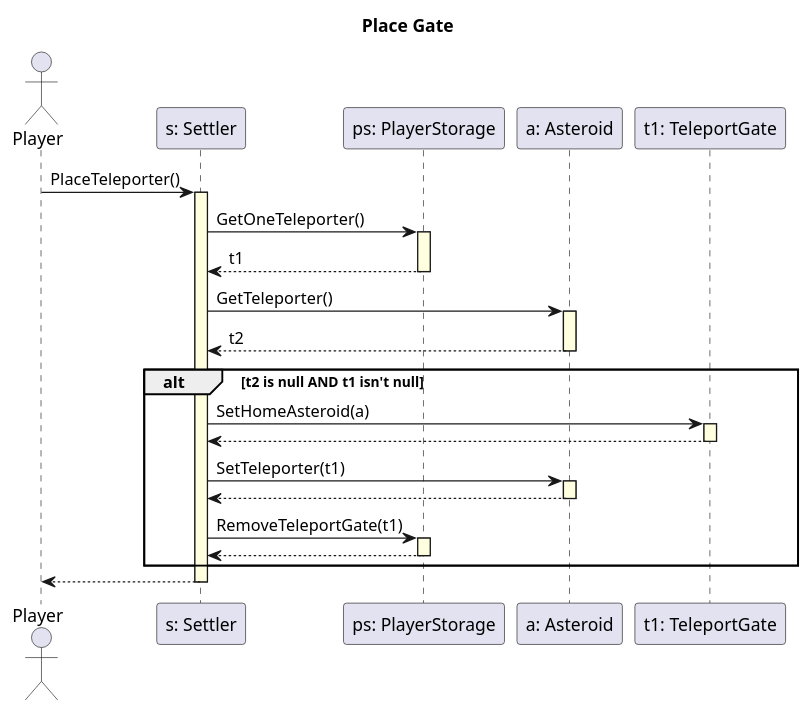
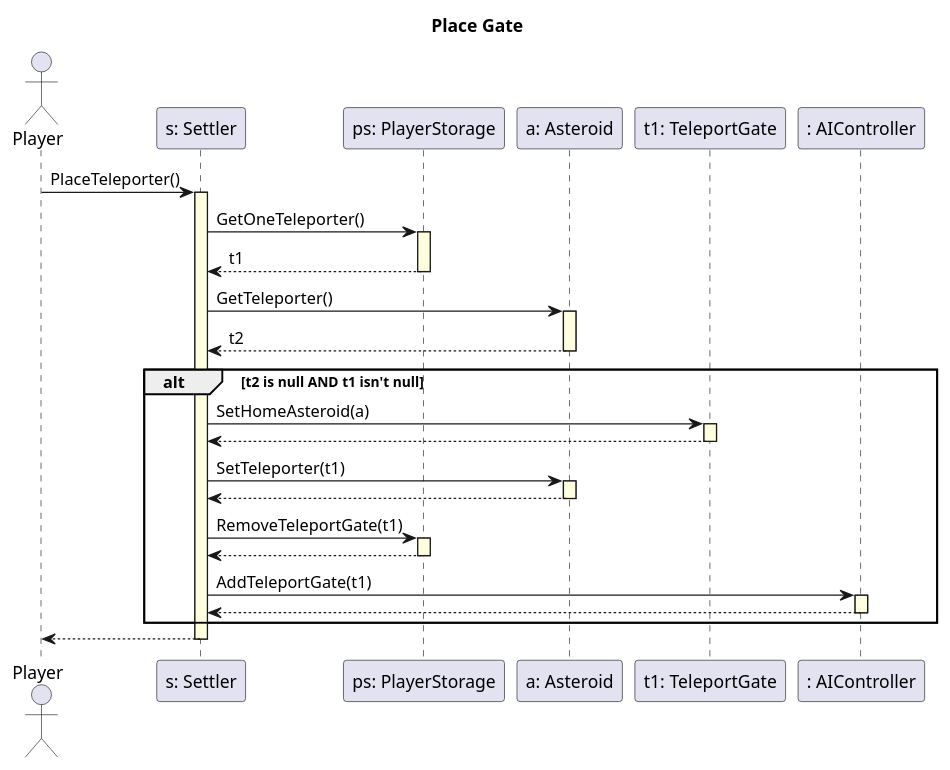
The diagram in uml/original_seq_diagrams/place_gate.plantuml (triszt4n/projlab_holy_oil), drawn with PlantUML before and after one commit. The commit also changed 36 other files, not shown here.

```diff
--- a/uml/original_seq_diagrams/place_gate.plantuml
+++ b/uml/original_seq_diagrams/place_gate.plantuml
@@ -1,35 +1,39 @@
 @startuml
 skinparam SequenceLifeLineBackgroundColor LightYellow
 
 title "Place Gate"
 
 actor Player as player
 participant "s: Settler" as settler
 participant "ps: PlayerStorage" as storage
 participant "a: Asteroid" as asteroid
 participant "t1: TeleportGate" as t1
+participant ": AIController" as ai
 
 player -> settler ++: PlaceTeleporter()
 
     settler -> storage ++: GetOneTeleporter()
     storage --> settler -- : t1
 
     settler -> asteroid ++: GetTeleporter()
     asteroid --> settler -- : t2
 
     alt t2 is null AND t1 isn't null
 
         settler -> t1 ++: SetHomeAsteroid(a)
         t1 --> settler --
 
         settler -> asteroid ++: SetTeleporter(t1)
         asteroid --> settler --
 
         settler -> storage ++: RemoveTeleportGate(t1)
         storage --> settler --
 
+        settler -> ai ++: AddTeleportGate(t1)
+        ai --> settler --
+
     end
 
 settler --> player --
 
 @enduml
```
